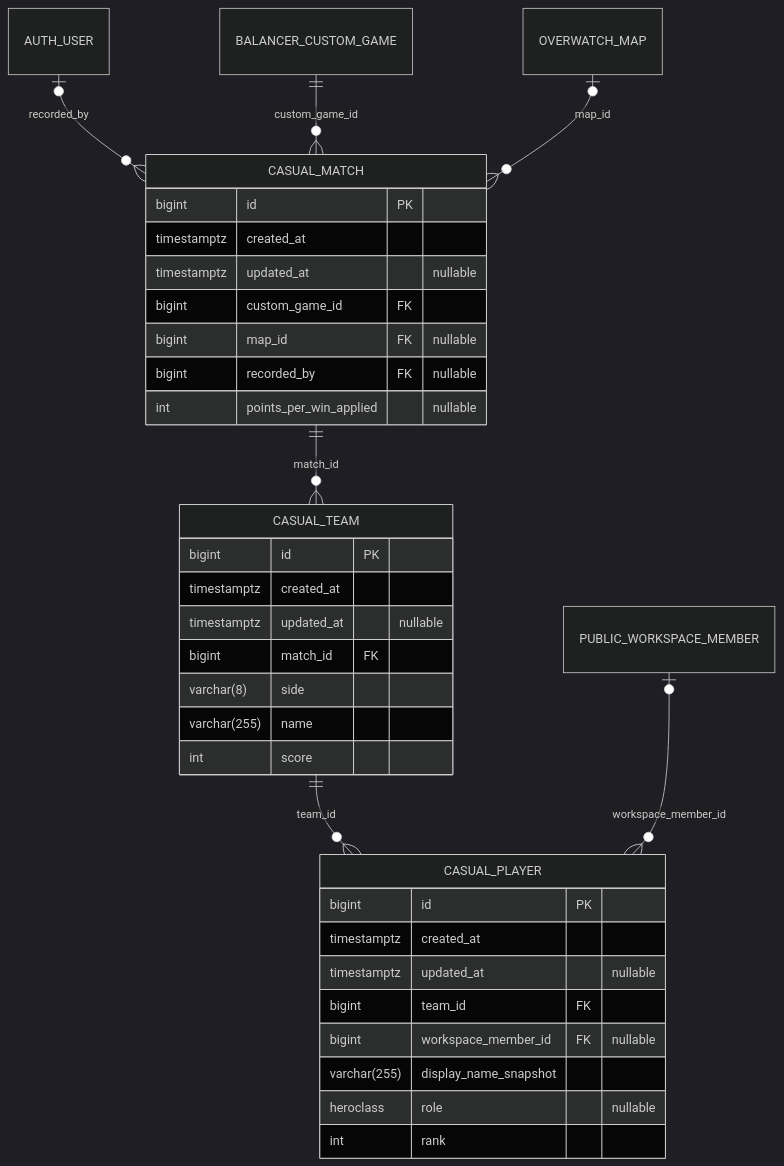
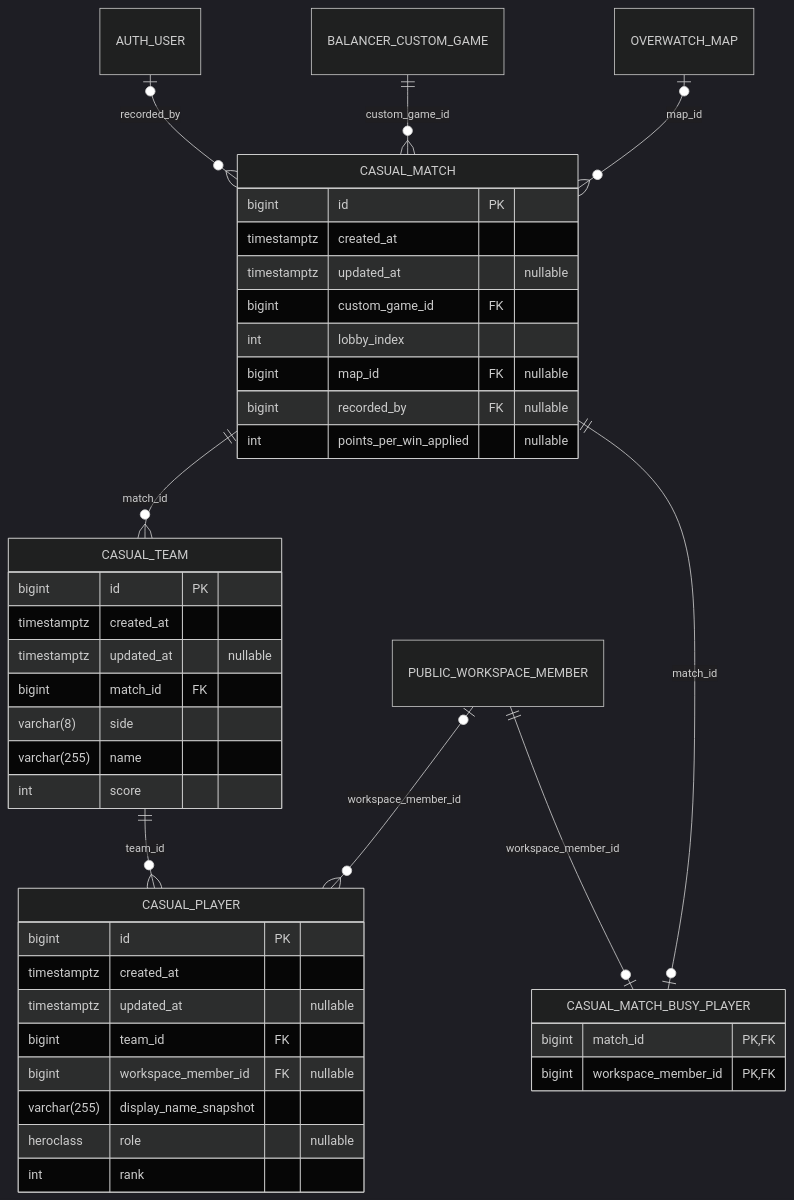
One commit to CraazzzyyFoxx/overwatch-tournaments changed diagram 12 of 20 in docs/database_erd.md. Above: the diagram before and after it, drawn with Mermaid (dark theme). The commit also changed other lines of this file and 17 other files, not shown here.

````diff
--- a/docs/database_erd.md
+++ b/docs/database_erd.md
@@ -1987,38 +1995,45 @@
 ```mermaid
 erDiagram
     CASUAL_MATCH {
         bigint id PK
         timestamptz created_at
         timestamptz updated_at "nullable"
         bigint custom_game_id FK
+        int lobby_index
         bigint map_id FK "nullable"
         bigint recorded_by FK "nullable"
         int points_per_win_applied "nullable"
+    }
+    CASUAL_MATCH_BUSY_PLAYER {
+        bigint match_id PK,FK
+        bigint workspace_member_id PK,FK
     }
     CASUAL_PLAYER {
         bigint id PK
         timestamptz created_at
         timestamptz updated_at "nullable"
         bigint team_id FK
         bigint workspace_member_id FK "nullable"
         varchar(255) display_name_snapshot
         heroclass role "nullable"
         int rank
     }
     CASUAL_TEAM {
         bigint id PK
         timestamptz created_at
         timestamptz updated_at "nullable"
         bigint match_id FK
         varchar(8) side
         varchar(255) name
         int score
     }
 
     AUTH_USER |o--o{ CASUAL_MATCH : "recorded_by"
     BALANCER_CUSTOM_GAME ||--o{ CASUAL_MATCH : "custom_game_id"
     CASUAL_MATCH ||--o{ CASUAL_TEAM : "match_id"
+    CASUAL_MATCH ||--o| CASUAL_MATCH_BUSY_PLAYER : "match_id"
     CASUAL_TEAM ||--o{ CASUAL_PLAYER : "team_id"
     OVERWATCH_MAP |o--o{ CASUAL_MATCH : "map_id"
     PUBLIC_WORKSPACE_MEMBER |o--o{ CASUAL_PLAYER : "workspace_member_id"
+    PUBLIC_WORKSPACE_MEMBER ||--o| CASUAL_MATCH_BUSY_PLAYER : "workspace_member_id"
 ```
````
